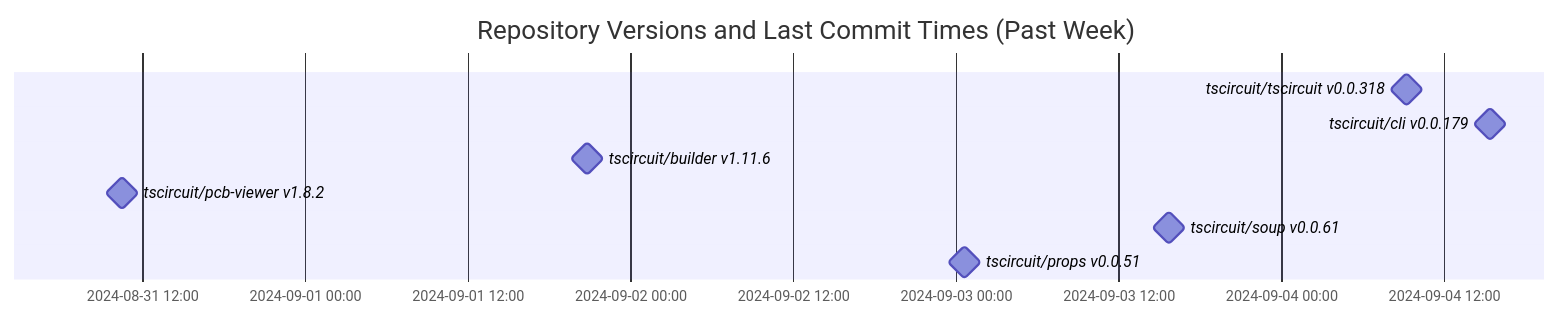
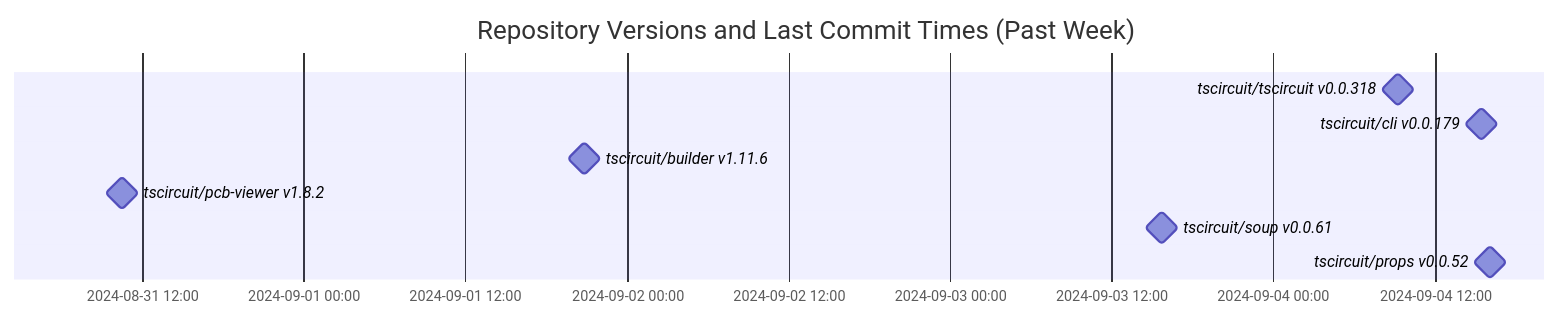
The diagram in README.md (tscircuit/version-tracker), drawn with Mermaid before and after one commit.

Commit message:
Update chart

````diff
--- a/README.md
+++ b/README.md
@@ -1,13 +1,13 @@
 ```mermaid
 gantt
   dateFormat  YYYY-MM-DD HH:mm:ss
   title Repository Versions and Last Commit Times (Past Week)
   axisFormat %Y-%m-%d %H:%M
 
   tscircuit/tscircuit v0.0.318 : milestone, 2024-09-04 09:16:13, 1s
   tscircuit/cli v0.0.179 : milestone, 2024-09-04 15:24:17, 1s
   tscircuit/builder v1.11.6 : milestone, 2024-09-01 20:47:46, 1s
   tscircuit/pcb-viewer v1.8.2 : milestone, 2024-08-31 10:30:56, 1s
   tscircuit/soup v0.0.61 : milestone, 2024-09-03 15:44:43, 1s
-  tscircuit/props v0.0.51 : milestone, 2024-09-03 00:38:45, 1s
+  tscircuit/props v0.0.52 : milestone, 2024-09-04 16:05:55, 1s
 ```
````
